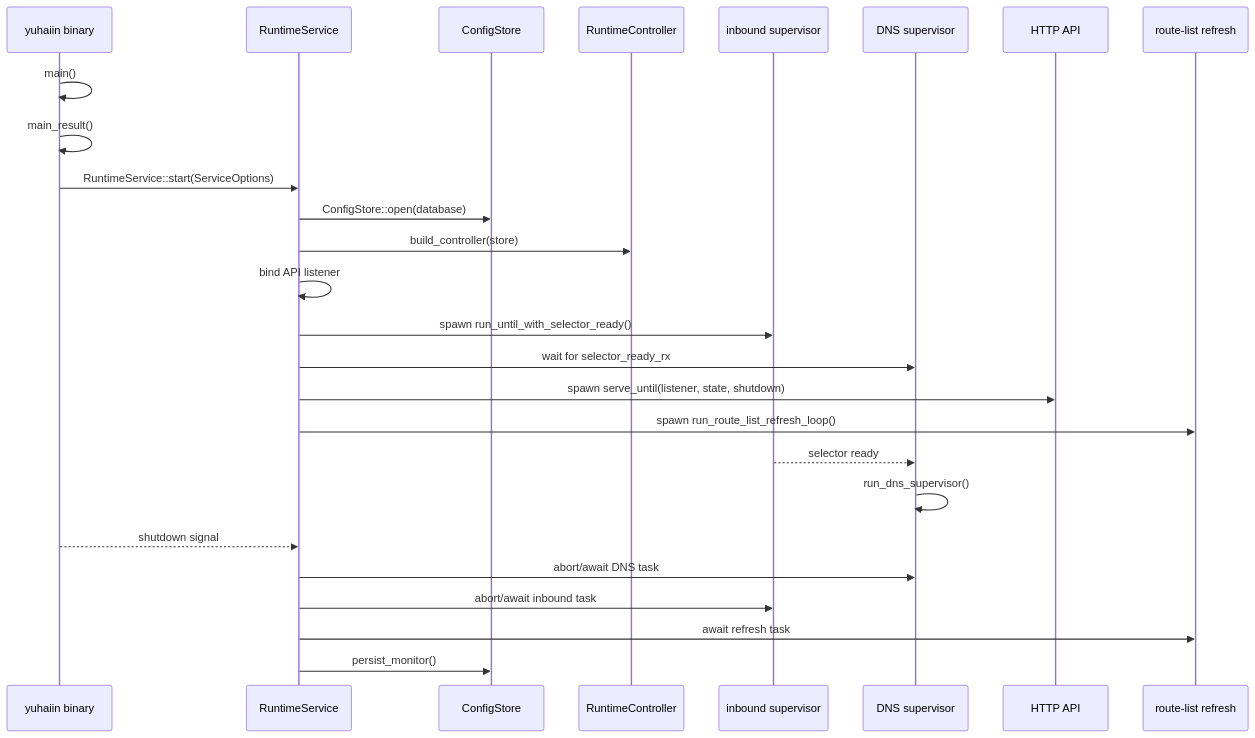
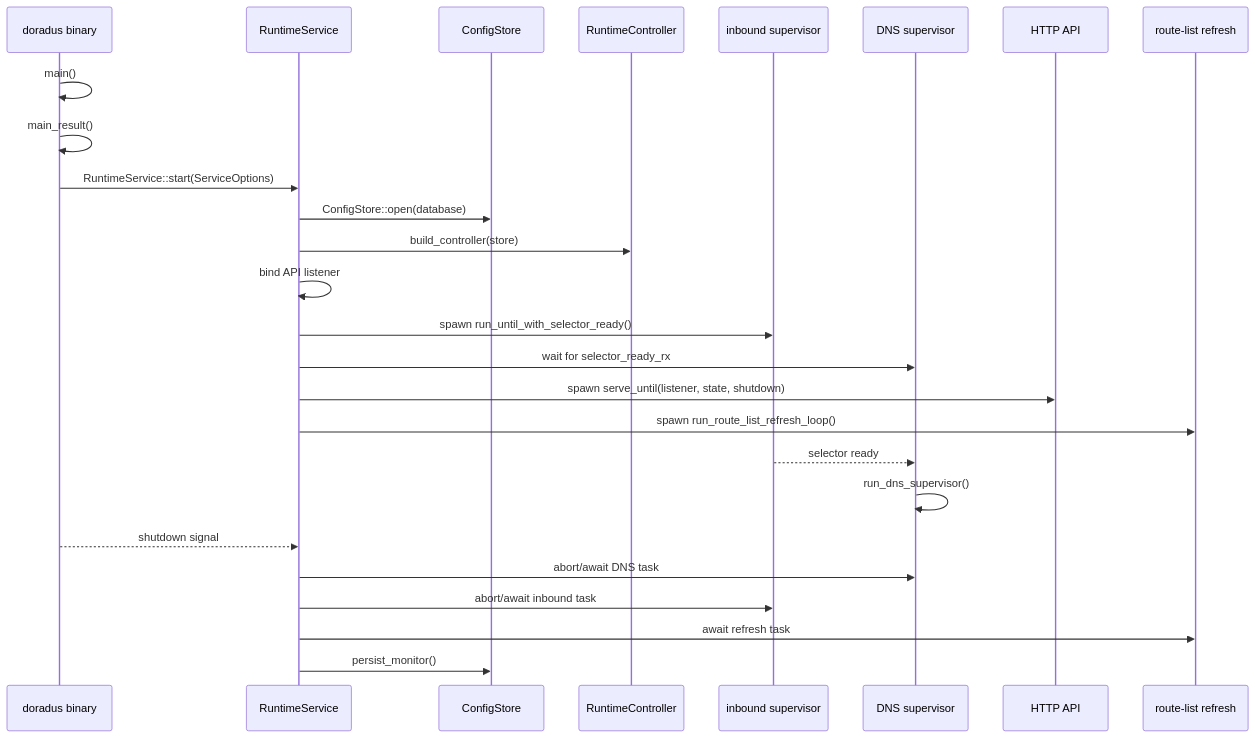
The third of 11 diagrams in docs/ARCHITECTURE.md (yuhaiin/doradus), drawn with Mermaid before and after one commit. The commit also changed other lines of this file and 729 other files, not shown here.

First line of the commit message:
Refactor integration scripts to replace 'yuhaiin' with 'doradus'

```diff
--- a/docs/ARCHITECTURE.md
+++ b/docs/ARCHITECTURE.md
@@ -197,29 +206,29 @@
 ~~~mermaid
 sequenceDiagram
-    participant P as yuhaiin binary
+    participant P as doradus binary
     participant S as RuntimeService
     participant DB as ConfigStore
     participant C as RuntimeController
     participant I as inbound supervisor
     participant D as DNS supervisor
     participant A as HTTP API
     participant R as route-list refresh
 
     P->>P: main()
     P->>P: main_result()
     P->>S: RuntimeService::start(ServiceOptions)
     S->>DB: ConfigStore::open(database)
     S->>C: build_controller(store)
     S->>S: bind API listener
     S->>I: spawn run_until_with_selector_ready()
     S->>D: wait for selector_ready_rx
     S->>A: spawn serve_until(listener, state, shutdown)
     S->>R: spawn run_route_list_refresh_loop()
     I-->>D: selector ready
     D->>D: run_dns_supervisor()
     P-->>S: shutdown signal
     S->>D: abort/await DNS task
     S->>I: abort/await inbound task
     S->>R: await refresh task
     S->>DB: persist_monitor()
 ~~~
```
